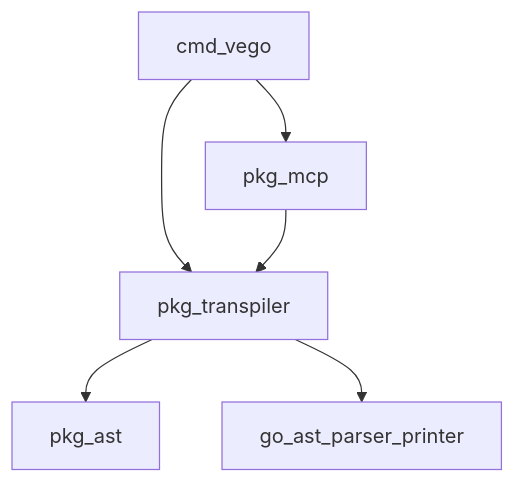
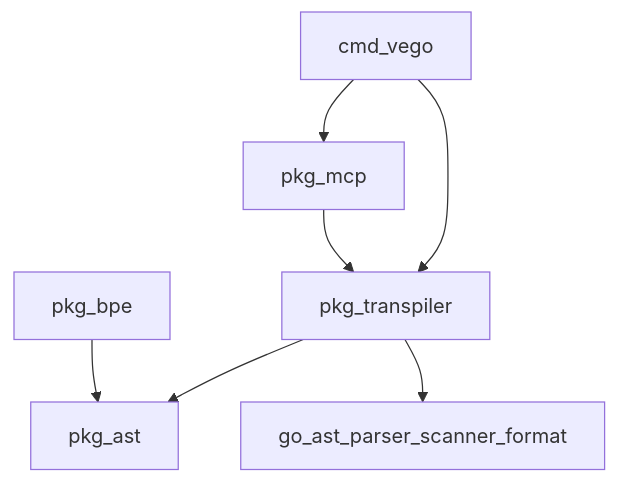
Before and after one commit to sodawave/VeGO: the second of 3 diagrams in _bmad-output/planning-artifacts/architecture/architecture-VeGo-2026-09-12/ARCHITECTURE-SPINE.md, drawn with Mermaid. The commit also changed other lines of this file and 12 other files, not shown here.

````diff
--- a/_bmad-output/planning-artifacts/architecture/architecture-VeGo-2026-09-12/ARCHITECTURE-SPINE.md
+++ b/_bmad-output/planning-artifacts/architecture/architecture-VeGo-2026-09-12/ARCHITECTURE-SPINE.md
@@ -65,8 +65,9 @@
 ```mermaid
 flowchart TB
   cmd[cmd_vego] --> xf[pkg_transpiler]
   cmd --> mcp[pkg_mcp]
   mcp --> xf
   xf --> ast[pkg_ast]
-  xf --> stdlib[go_ast_parser_printer]
+  bpe[pkg_bpe] --> ast
+  xf --> stdlib[go_ast_parser_scanner_format]
 ```
````
